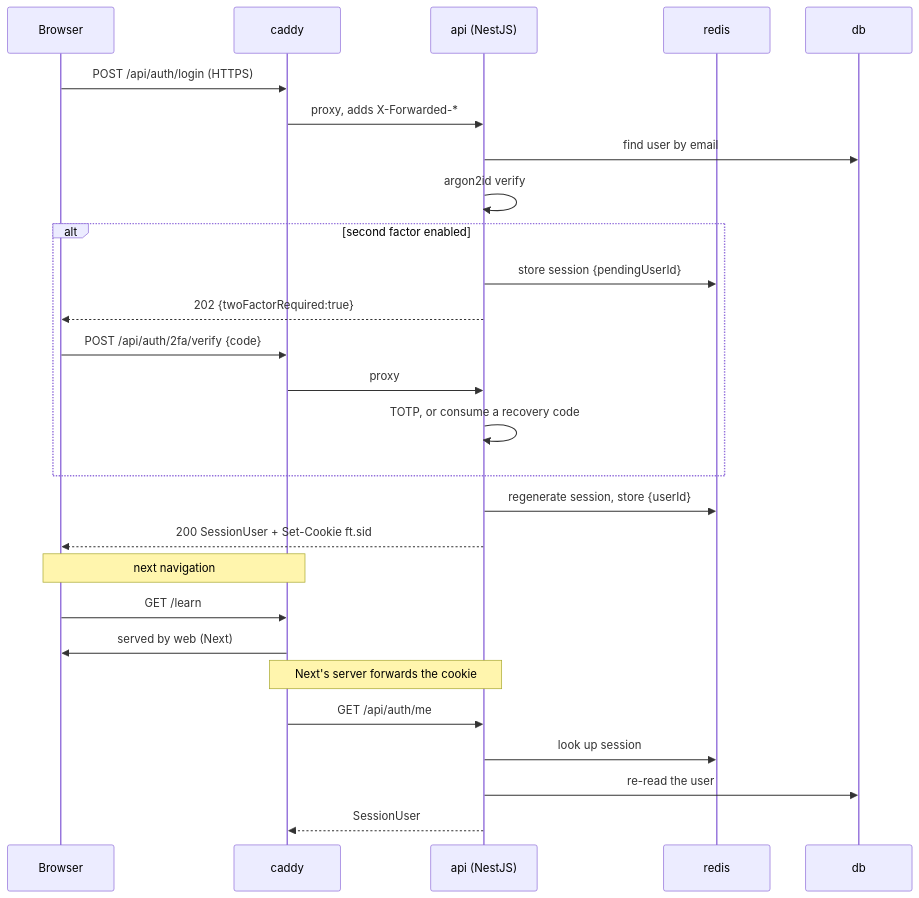
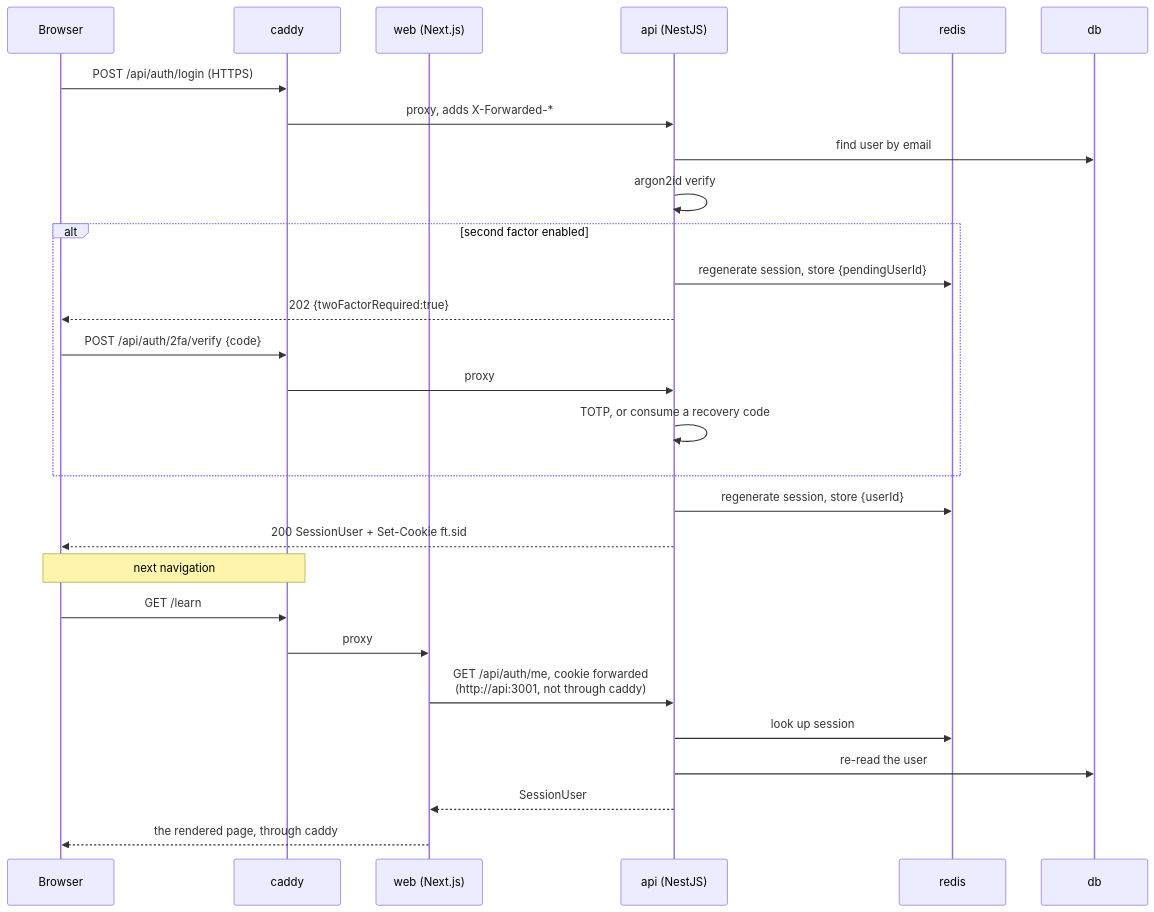
The second of 8 diagrams in docs/architecture/overview.md (VictorBro/ft_transcendence), drawn with Mermaid before and after one commit. The commit also changed other lines of this file and 31 other files, not shown here.

````diff
--- a/docs/architecture/overview.md
+++ b/docs/architecture/overview.md
@@ -120,31 +120,32 @@
 ```mermaid
 sequenceDiagram
     participant B as Browser
     participant C as caddy
+    participant W as web (Next.js)
     participant A as api (NestJS)
     participant R as redis
     participant P as db
 
     B->>C: POST /api/auth/login (HTTPS)
     C->>A: proxy, adds X-Forwarded-*
     A->>P: find user by email
     A->>A: argon2id verify
     alt second factor enabled
-        A->>R: store session {pendingUserId}
+        A->>R: regenerate session, store {pendingUserId}
         A-->>B: 202 {twoFactorRequired:true}
         B->>C: POST /api/auth/2fa/verify {code}
         C->>A: proxy
         A->>A: TOTP, or consume a recovery code
     end
     A->>R: regenerate session, store {userId}
     A-->>B: 200 SessionUser + Set-Cookie ft.sid
 
     Note over B,C: next navigation
     B->>C: GET /learn
-    C->>B: served by web (Next)
-    Note over C,A: Next's server forwards the cookie
-    C->>A: GET /api/auth/me
+    C->>W: proxy
+    W->>A: GET /api/auth/me, cookie forwarded<br/>(http://api:3001, not through caddy)
     A->>R: look up session
     A->>P: re-read the user
-    A-->>C: SessionUser
+    A-->>W: SessionUser
+    W-->>B: the rendered page, through caddy
 ```
````
